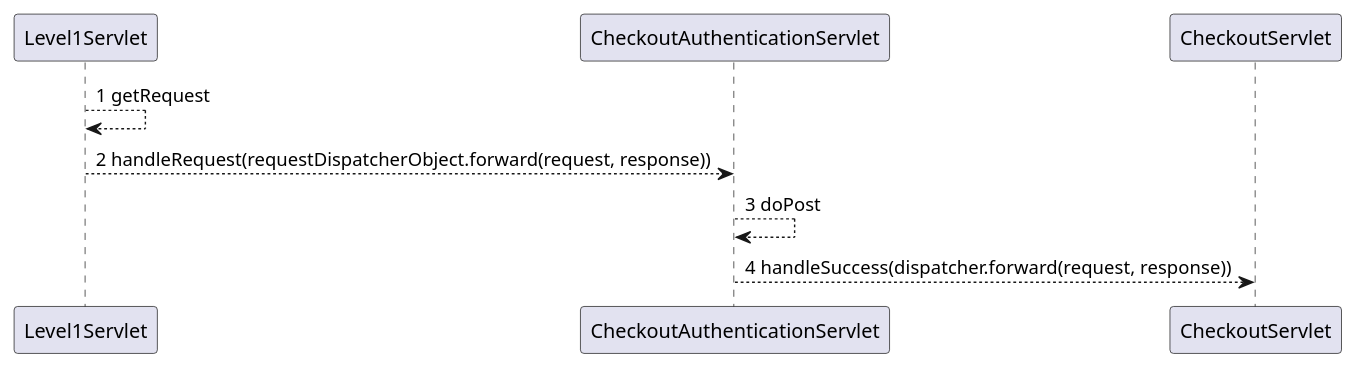
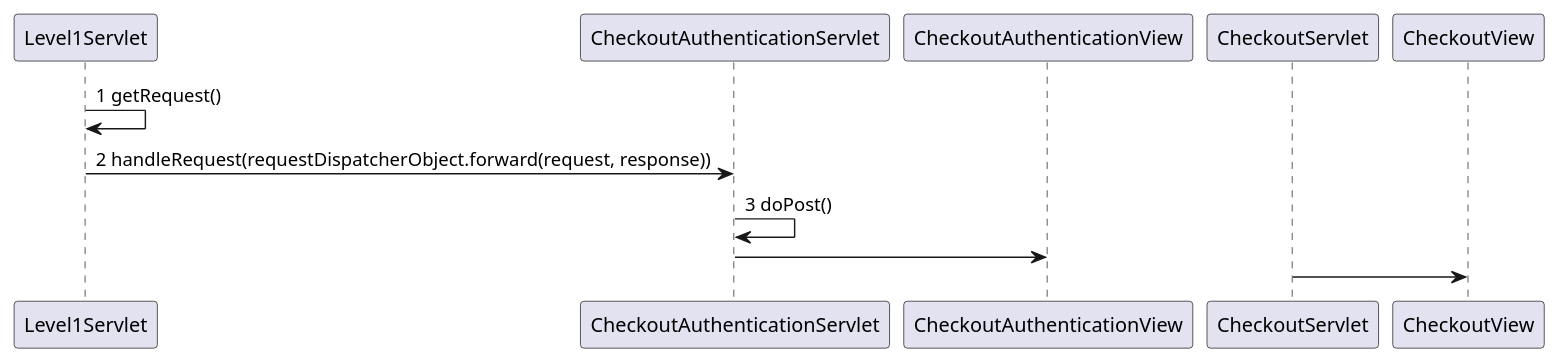
The diagram in src/main/parkhaus-project/Parkhaus/java/Planung/DIAGRAMM/Checkout.puml (1nbetw33n/Parkhaus_new), drawn with PlantUML before and after one commit. The commit also changed other lines of this file, not shown here.

Commit message:
Kommentare

```diff
--- a/src/main/parkhaus-project/Parkhaus/java/Planung/DIAGRAMM/Checkout.puml
+++ b/src/main/parkhaus-project/Parkhaus/java/Planung/DIAGRAMM/Checkout.puml
@@ -1,9 +2,11 @@
 @startuml
 'https://plantuml.com/class-diagram
+'Erstellt von Rahgawi
 
-Level1Servlet--> Level1Servlet: 1 getRequest
-Level1Servlet--> CheckoutAuthenticationServlet: 2 handleRequest(requestDispatcherObject.forward(request, response))
+Level1Servlet-> Level1Servlet: 1 getRequest()
+Level1Servlet-> CheckoutAuthenticationServlet: 2 handleRequest(requestDispatcherObject.forward(request, response))
 
-CheckoutAuthenticationServlet --> CheckoutAuthenticationServlet:3 doPost
-CheckoutAuthenticationServlet --> CheckoutServlet: 4 handleSuccess(dispatcher.forward(request, response))
+CheckoutAuthenticationServlet -> CheckoutAuthenticationServlet:3 doPost()
+CheckoutAuthenticationServlet -> CheckoutAuthenticationView
+CheckoutServlet -> CheckoutView
 @enduml
```
